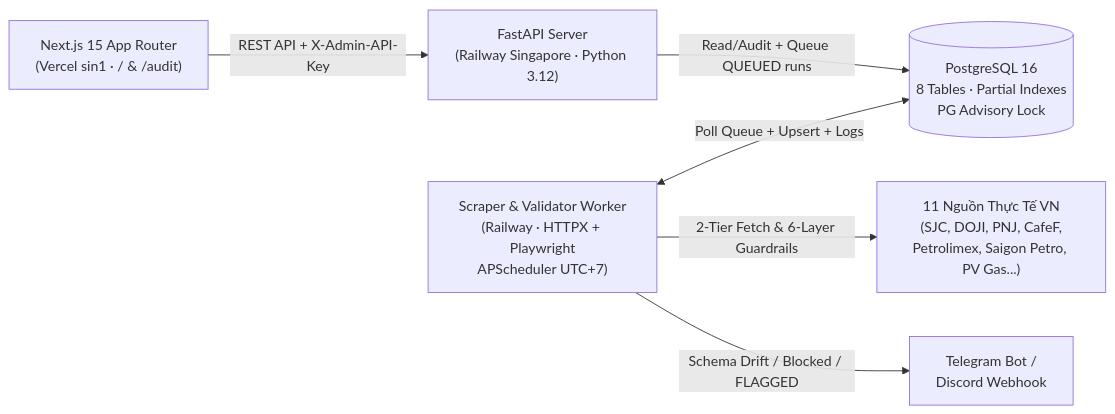
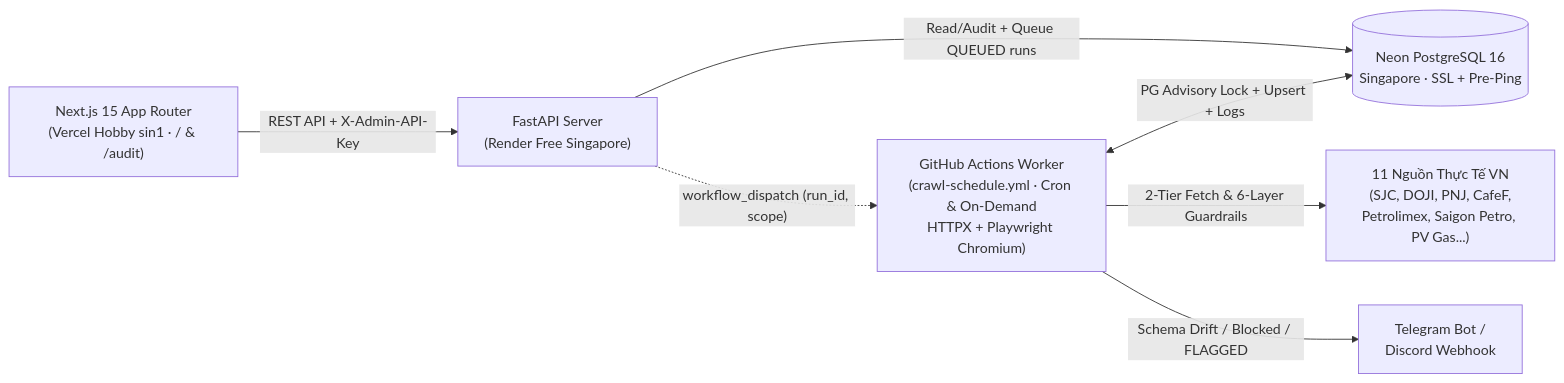
Before and after one commit to Dopdopman/vxg-tracker: the diagram in README.md, drawn with Mermaid. The commit also changed other lines of this file and 23 other files, not shown here.

Commit message:
feat: phase 1 complete with free-tier production stack

````diff
--- a/README.md
+++ b/README.md
@@ -27,8 +18,9 @@
 ```mermaid
 flowchart LR
-    WEB["Next.js 15 App Router\n(Vercel sin1 · / & /audit)"] -->|"REST API + X-Admin-API-Key"| API["FastAPI Server\n(Railway Singapore · Python 3.12)"]
-    API -->|"Read/Audit + Queue QUEUED runs"| DB[("PostgreSQL 16\n8 Tables · Partial Indexes\nPG Advisory Lock")]
-    WORKER["Scraper & Validator Worker\n(Railway · HTTPX + Playwright\nAPScheduler UTC+7)"] <-->|"Poll Queue + Upsert + Logs"| DB
-    WORKER -->|"2-Tier Fetch & 6-Layer Guardrails"| VN["11 Nguồn Thực Tế VN\n(SJC, DOJI, PNJ, CafeF,\nPetrolimex, Saigon Petro, PV Gas...)"]
-    WORKER -->|"Schema Drift / Blocked / FLAGGED"| ALERT["Telegram Bot /\nDiscord Webhook"]
+    WEB["Next.js 15 App Router\n(Vercel Hobby sin1 · / & /audit)"] -->|"REST API + X-Admin-API-Key"| API["FastAPI Server\n(Render Free Singapore)"]
+    API -->|"Read/Audit + Queue QUEUED runs"| DB[("Neon PostgreSQL 16\nSingapore · SSL + Pre-Ping")]
+    API -.->|"workflow_dispatch (run_id, scope)"| GHA["GitHub Actions Worker\n(crawl-schedule.yml · Cron & On-Demand\nHTTPX + Playwright Chromium)"]
+    GHA <-->|"PG Advisory Lock + Upsert + Logs"| DB
+    GHA -->|"2-Tier Fetch & 6-Layer Guardrails"| VN["11 Nguồn Thực Tế VN\n(SJC, DOJI, PNJ, CafeF,\nPetrolimex, Saigon Petro, PV Gas...)"]
+    GHA -->|"Schema Drift / Blocked / FLAGGED"| ALERT["Telegram Bot /\nDiscord Webhook"]
 ```
````
